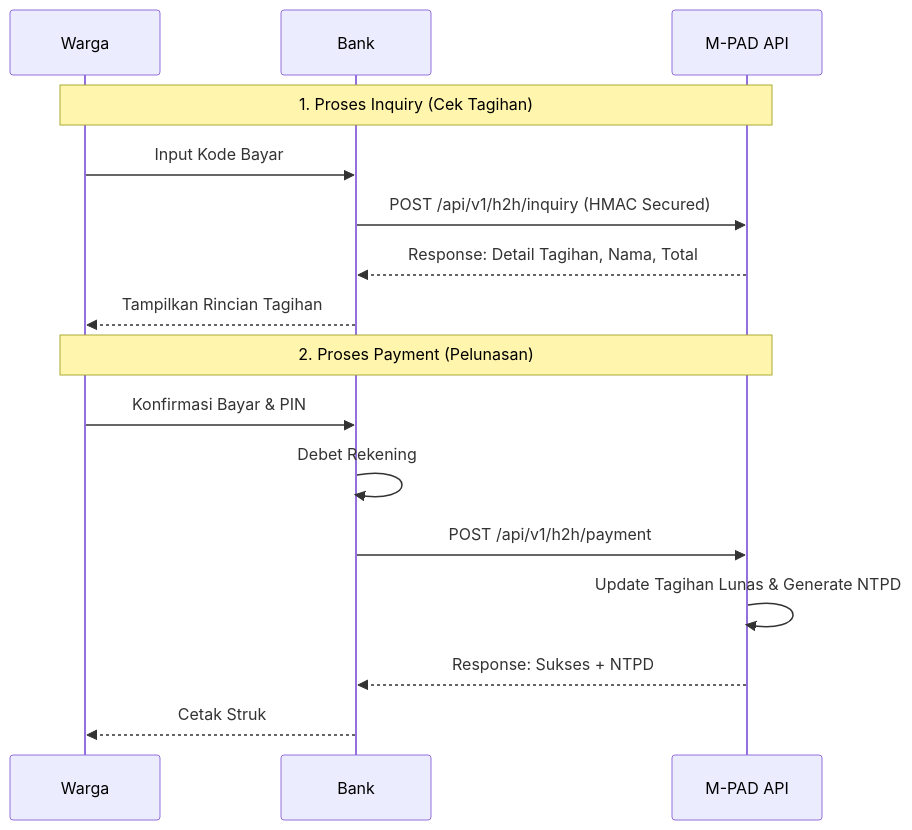
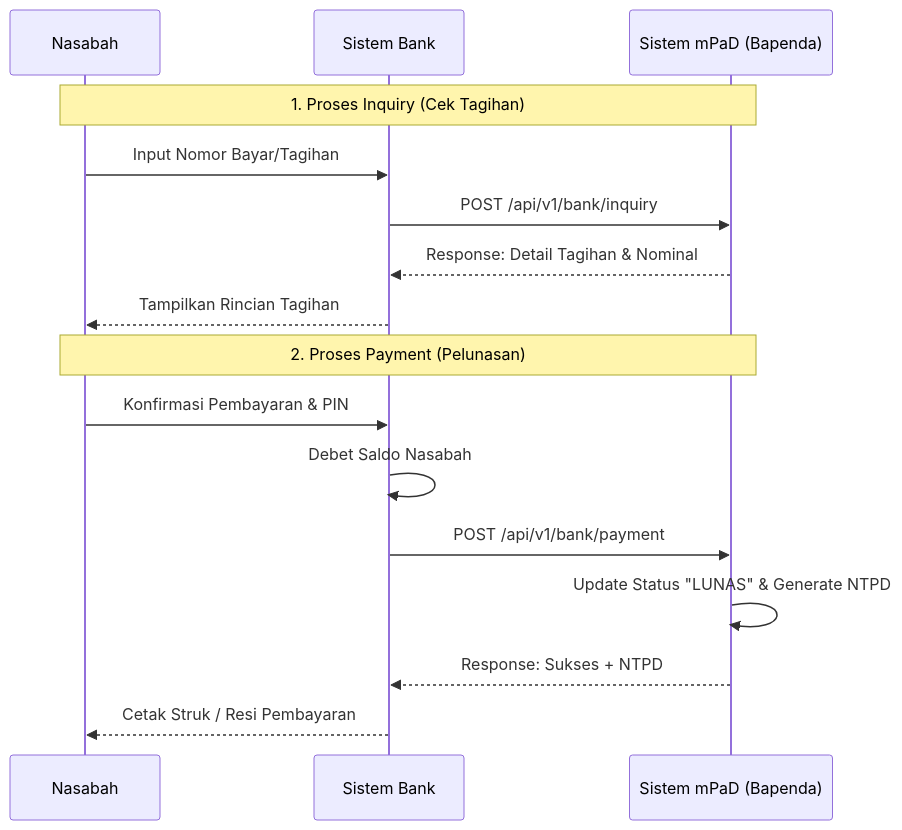
Before and after one commit to arif-rizal1122/retribusi-api: the fifth of 6 diagrams in docs/Dokumen_Perencanaan_Sistem_Pendapatan_Baubau.md, drawn with Mermaid. The commit also changed other lines of this file, not shown here.

```diff
--- a/docs/Dokumen_Perencanaan_Sistem_Pendapatan_Baubau.md
+++ b/docs/Dokumen_Perencanaan_Sistem_Pendapatan_Baubau.md
@@ -124,20 +128,20 @@
 <div class="mermaid">
 sequenceDiagram
-    participant Warga
-    participant Bank
-    participant Biller_API as M-PAD API
+    participant Nasabah
+    participant Bank as Sistem Bank
+    participant mPaD as Sistem mPaD (Bapenda)
 
-    Note over Warga,Biller_API: 1. Proses Inquiry (Cek Tagihan)
-    Warga->>Bank: Input Kode Bayar
-    Bank->>Biller_API: POST /api/v1/h2h/inquiry (HMAC Secured)
-    Biller_API-->>Bank: Response: Detail Tagihan, Nama, Total
-    Bank-->>Warga: Tampilkan Rincian Tagihan
+    Note over Nasabah,mPaD: 1. Proses Inquiry (Cek Tagihan)
+    Nasabah->>Bank: Input Nomor Bayar/Tagihan
+    Bank->>mPaD: POST /api/v1/bank/inquiry
+    mPaD-->>Bank: Response: Detail Tagihan & Nominal
+    Bank-->>Nasabah: Tampilkan Rincian Tagihan
 
-    Note over Warga,Biller_API: 2. Proses Payment (Pelunasan)
-    Warga->>Bank: Konfirmasi Bayar & PIN
-    Bank->>Bank: Debet Rekening
-    Bank->>Biller_API: POST /api/v1/h2h/payment
-    Biller_API->>Biller_API: Update Tagihan Lunas & Generate NTPD
-    Biller_API-->>Bank: Response: Sukses + NTPD
-    Bank-->>Warga: Cetak Struk
+    Note over Nasabah,mPaD: 2. Proses Payment (Pelunasan)
+    Nasabah->>Bank: Konfirmasi Pembayaran & PIN
+    Bank->>Bank: Debet Saldo Nasabah
+    Bank->>mPaD: POST /api/v1/bank/payment
+    mPaD->>mPaD: Update Status "LUNAS" & Generate NTPD
+    mPaD-->>Bank: Response: Sukses + NTPD
+    Bank-->>Nasabah: Cetak Struk / Resi Pembayaran
 </div>
```
